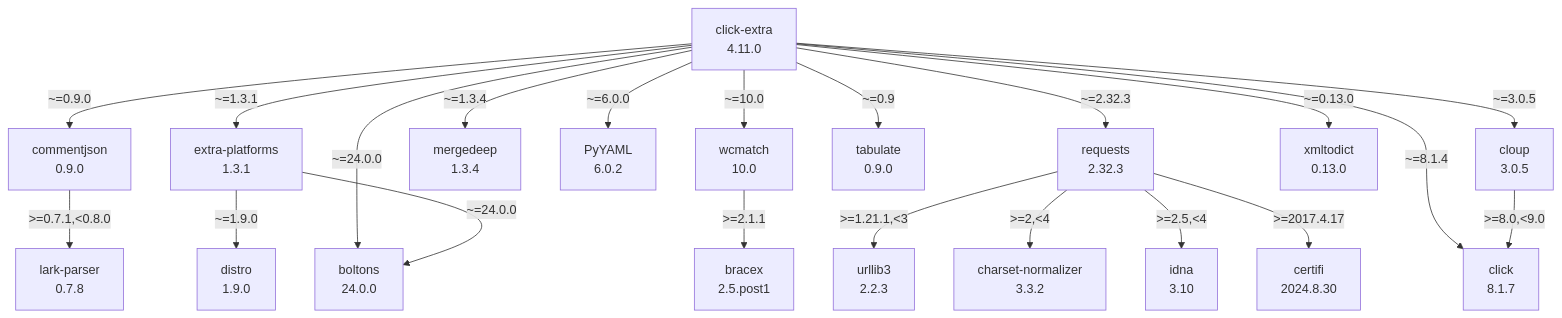
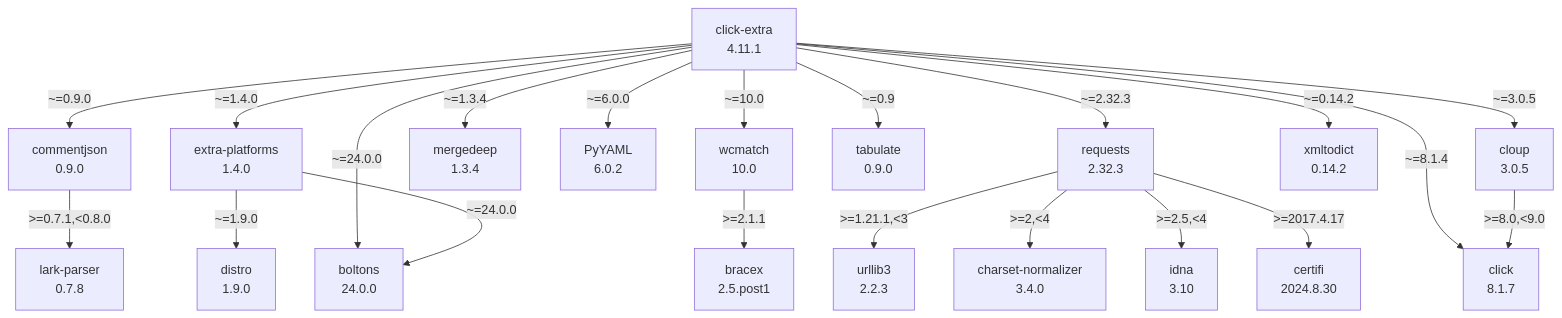
The diagram in docs/assets/dependencies.mmd (kdeldycke/click-extra), drawn with Mermaid before and after one commit.

Commit message:
[autofix] Regenerate dependency graph

```diff
--- a/docs/assets/dependencies.mmd
+++ b/docs/assets/dependencies.mmd
@@ -1,41 +1,41 @@
 flowchart TD
     classDef missing stroke-dasharray: 5
     boltons["boltons\n24.0.0"]
     bracex["bracex\n2.5.post1"]
     certifi["certifi\n2024.8.30"]
-    charset-normalizer["charset-normalizer\n3.3.2"]
-    click-extra["click-extra\n4.11.0"]
+    charset-normalizer["charset-normalizer\n3.4.0"]
+    click-extra["click-extra\n4.11.1"]
     click_0["click\n8.1.7"]
     cloup["cloup\n3.0.5"]
     commentjson["commentjson\n0.9.0"]
     distro["distro\n1.9.0"]
-    extra-platforms["extra-platforms\n1.3.1"]
+    extra-platforms["extra-platforms\n1.4.0"]
     idna["idna\n3.10"]
     lark-parser["lark-parser\n0.7.8"]
     mergedeep["mergedeep\n1.3.4"]
     pyyaml["PyYAML\n6.0.2"]
     requests["requests\n2.32.3"]
     tabulate["tabulate\n0.9.0"]
     urllib3["urllib3\n2.2.3"]
     wcmatch["wcmatch\n10.0"]
-    xmltodict["xmltodict\n0.13.0"]
-    click-extra -- "~=0.13.0" --> xmltodict
+    xmltodict["xmltodict\n0.14.2"]
+    click-extra -- "~=0.14.2" --> xmltodict
     click-extra -- "~=0.9" --> tabulate
     click-extra -- "~=0.9.0" --> commentjson
-    click-extra -- "~=1.3.1" --> extra-platforms
     click-extra -- "~=1.3.4" --> mergedeep
+    click-extra -- "~=1.4.0" --> extra-platforms
     click-extra -- "~=10.0" --> wcmatch
     click-extra -- "~=2.32.3" --> requests
     click-extra -- "~=24.0.0" --> boltons
     click-extra -- "~=3.0.5" --> cloup
     click-extra -- "~=6.0.0" --> pyyaml
     click-extra -- "~=8.1.4" --> click_0
     cloup -- ">=8.0,<9.0" --> click_0
     commentjson -- ">=0.7.1,<0.8.0" --> lark-parser
     extra-platforms -- "~=1.9.0" --> distro
     extra-platforms -- "~=24.0.0" --> boltons
     requests -- ">=1.21.1,<3" --> urllib3
     requests -- ">=2,<4" --> charset-normalizer
     requests -- ">=2.5,<4" --> idna
     requests -- ">=2017.4.17" --> certifi
     wcmatch -- ">=2.1.1" --> bracex
```
